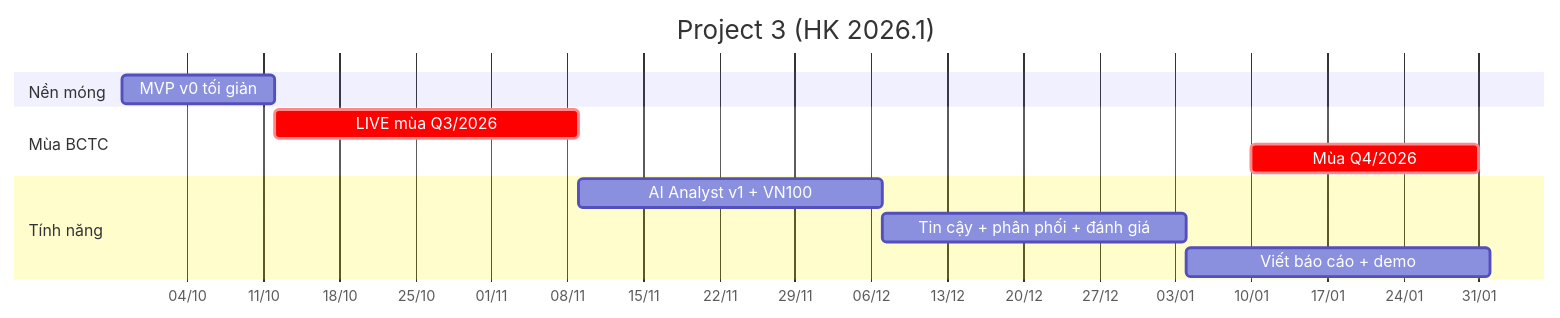
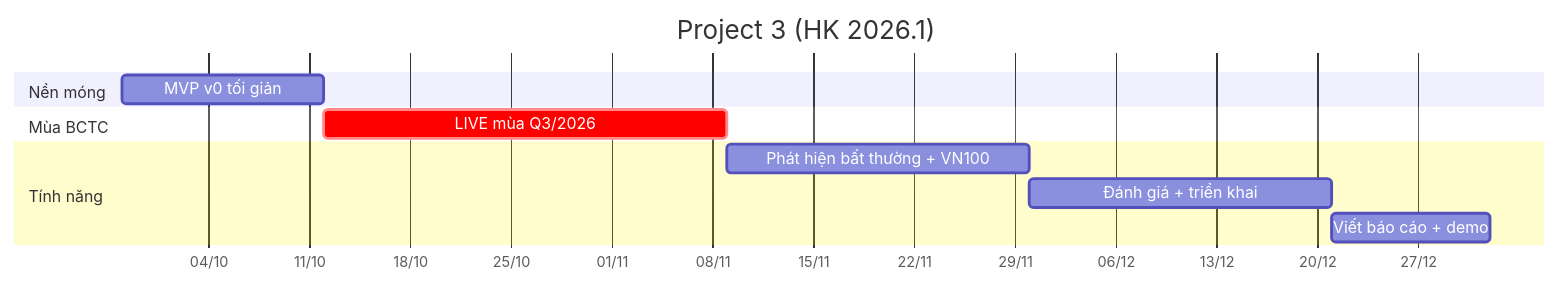
Before and after one commit to Relieq/Stock-Agent: the third of 3 diagrams in Baocao/dinh-huong/vision-and-roadmap.md, drawn with Mermaid. The commit also changed other lines of this file and 2 other files, not shown here.

Commit message:
Kế hoạch: Project III kết thúc 31/12/2026, dồn lịch học kỳ; mùa BCTC quý 4 chuyển sang giai đoạn ĐATN

````diff
--- a/Baocao/dinh-huong/vision-and-roadmap.md
+++ b/Baocao/dinh-huong/vision-and-roadmap.md
@@ -807,15 +807,14 @@
 ```mermaid
 gantt
     title Project 3 (HK 2026.1)
     dateFormat  YYYY-MM-DD
     axisFormat  %d/%m
     section Nền móng
     MVP v0 tối giản              :a1, 2026-09-28, 14d
     section Mùa BCTC
     LIVE mùa Q3/2026             :crit, a2, 2026-10-12, 28d
-    Mùa Q4/2026                  :crit, a5, 2027-01-10, 21d
     section Tính năng
-    AI Analyst v1 + VN100        :a3, 2026-11-09, 28d
-    Tin cậy + phân phối + đánh giá :a4, 2026-12-07, 28d
-    Viết báo cáo + demo          :a6, 2027-01-04, 28d
+    Phát hiện bất thường + VN100 :a3, 2026-11-09, 21d
+    Đánh giá + triển khai        :a4, 2026-11-30, 21d
+    Viết báo cáo + demo          :a6, 2026-12-21, 11d
 ```
````
